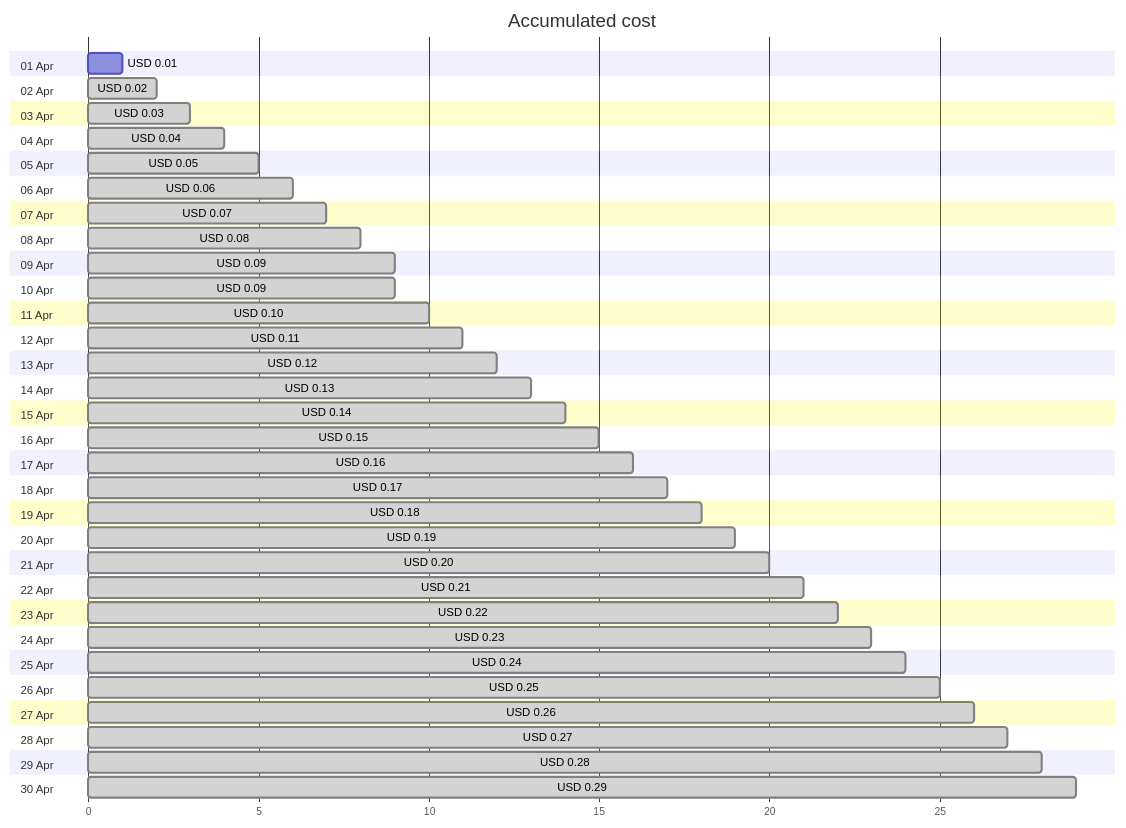
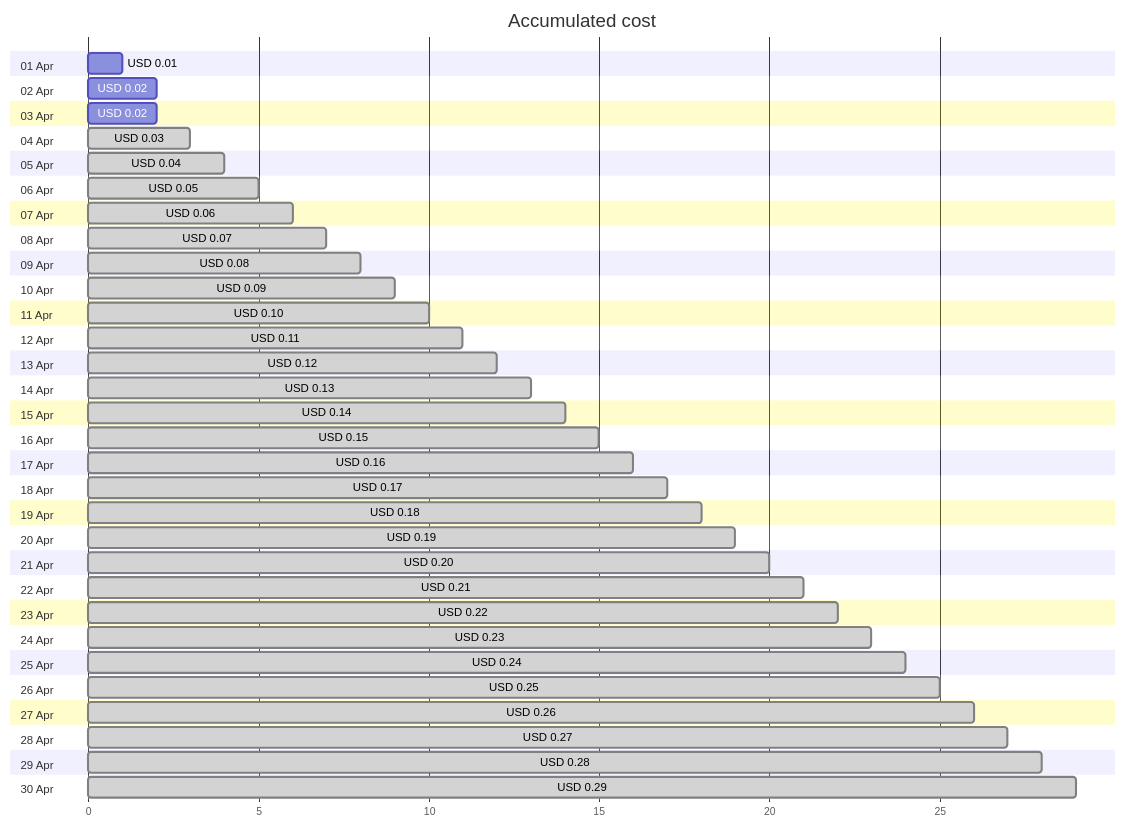
Before and after one commit to jpfulton/azure-personal-reports: the first of 4 diagrams in cost-reports/cloud-shell-storage-eastus/cs2100300008c8d894b.md, drawn with Mermaid. The commit also changed other lines of this file and 1 other file, not shown here.

````diff
--- a/cost-reports/cloud-shell-storage-eastus/cs2100300008c8d894b.md
+++ b/cost-reports/cloud-shell-storage-eastus/cs2100300008c8d894b.md
@@ -20,66 +20,66 @@
 ```mermaid
 gantt
    title Accumulated cost
    dateFormat  X
    axisFormat %s
    section 01 Apr
    USD 0.01 :0, 1
    section 02 Apr
-   USD 0.02 : done, 0, 2
+   USD 0.02 :0, 2
    section 03 Apr
+   USD 0.02 :0, 2
+   section 04 Apr
    USD 0.03 : done, 0, 3
-   section 04 Apr
+   section 05 Apr
    USD 0.04 : done, 0, 4
-   section 05 Apr
+   section 06 Apr
    USD 0.05 : done, 0, 5
-   section 06 Apr
+   section 07 Apr
    USD 0.06 : done, 0, 6
-   section 07 Apr
+   section 08 Apr
    USD 0.07 : done, 0, 7
-   section 08 Apr
+   section 09 Apr
    USD 0.08 : done, 0, 8
-   section 09 Apr
-   USD 0.09 : done, 0, 9
    section 10 Apr
    USD 0.09 : done, 0, 9
    section 11 Apr
    USD 0.10 : done, 0, 10
    section 12 Apr
    USD 0.11 : done, 0, 11
    section 13 Apr
    USD 0.12 : done, 0, 12
    section 14 Apr
    USD 0.13 : done, 0, 13
    section 15 Apr
    USD 0.14 : done, 0, 14
    section 16 Apr
    USD 0.15 : done, 0, 15
    section 17 Apr
    USD 0.16 : done, 0, 16
    section 18 Apr
    USD 0.17 : done, 0, 17
    section 19 Apr
    USD 0.18 : done, 0, 18
    section 20 Apr
    USD 0.19 : done, 0, 19
    section 21 Apr
    USD 0.20 : done, 0, 20
    section 22 Apr
    USD 0.21 : done, 0, 21
    section 23 Apr
    USD 0.22 : done, 0, 22
    section 24 Apr
    USD 0.23 : done, 0, 23
    section 25 Apr
    USD 0.24 : done, 0, 24
    section 26 Apr
    USD 0.25 : done, 0, 25
    section 27 Apr
    USD 0.26 : done, 0, 26
    section 28 Apr
    USD 0.27 : done, 0, 27
    section 29 Apr
    USD 0.28 : done, 0, 28
    section 30 Apr
    USD 0.29 : done, 0, 29
 ```
````
